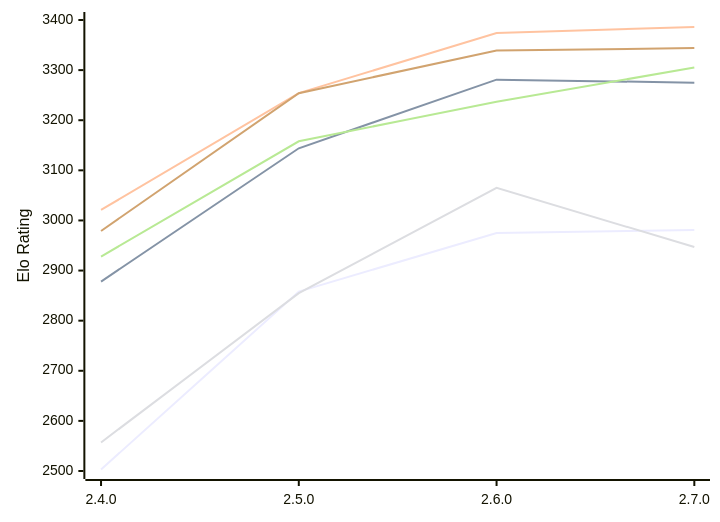
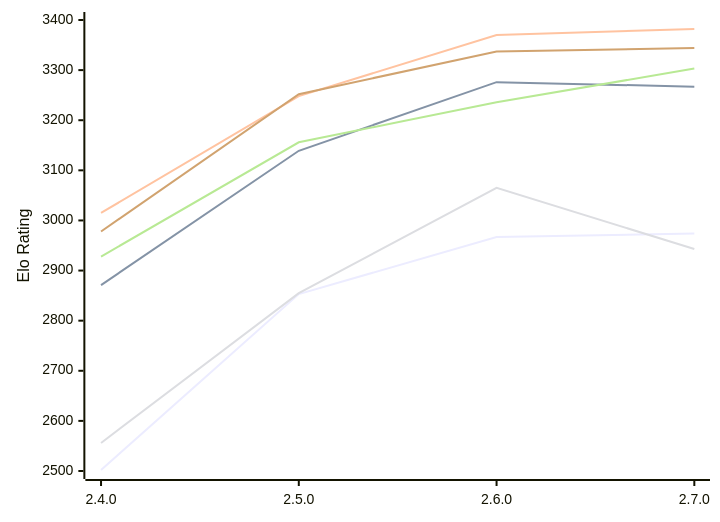
The diagram in engines/Rarog.md (computer-chess-index/cci), drawn with Mermaid before and after one commit. The commit also changed other lines of this file, not shown here.

Commit message:
Update CCI Ratings (ELO VLTC) - 2026-11-26

````diff
--- a/engines/Rarog.md
+++ b/engines/Rarog.md
@@ -53,12 +53,12 @@
 ```mermaid
 %%{init: {"theme":"base","themeVariables":{"seriesColors:['#a3a3a3','#222221','#faa371']}}}%%
 xychart-beta
   x-axis ["2.4.0", "2.5.0", "2.6.0", "2.7.0"]
   y-axis "Elo Rating" 2500 --> 3400
-  line "E1: STC (8.0+0.08s)" [2503, 2858, 2975, 2981]
-  line "E1: LTC (60.0+0.60s)" [2878, 3144, 3281, 3275]
-  line "E1: VLTC (2m24s+1.12s)" [3021, 3254, 3374, 3386]
-  line "P1: STC (8.0+0.08s)" [2557, 2855, 3065, 2947]
-  line "P1: LTC (60.0+0.60s)" [2928, 3158, 3237, 3305]
-  line "P1: VLTC (2m24s+1.12s)" [2979, 3254, 3339, 3344]
+  line "E1: STC (8.0+0.08s)" [2502, 2853, 2967, 2974]
+  line "E1: LTC (60.0+0.60s)" [2871, 3139, 3276, 3267]
+  line "E1: VLTC (2m24s+1.12s)" [3015, 3248, 3370, 3382]
+  line "P1: STC (8.0+0.08s)" [2556, 2855, 3065, 2943]
+  line "P1: LTC (60.0+0.60s)" [2928, 3156, 3236, 3303]
+  line "P1: VLTC (2m24s+1.12s)" [2978, 3252, 3337, 3344]
 ```
````
